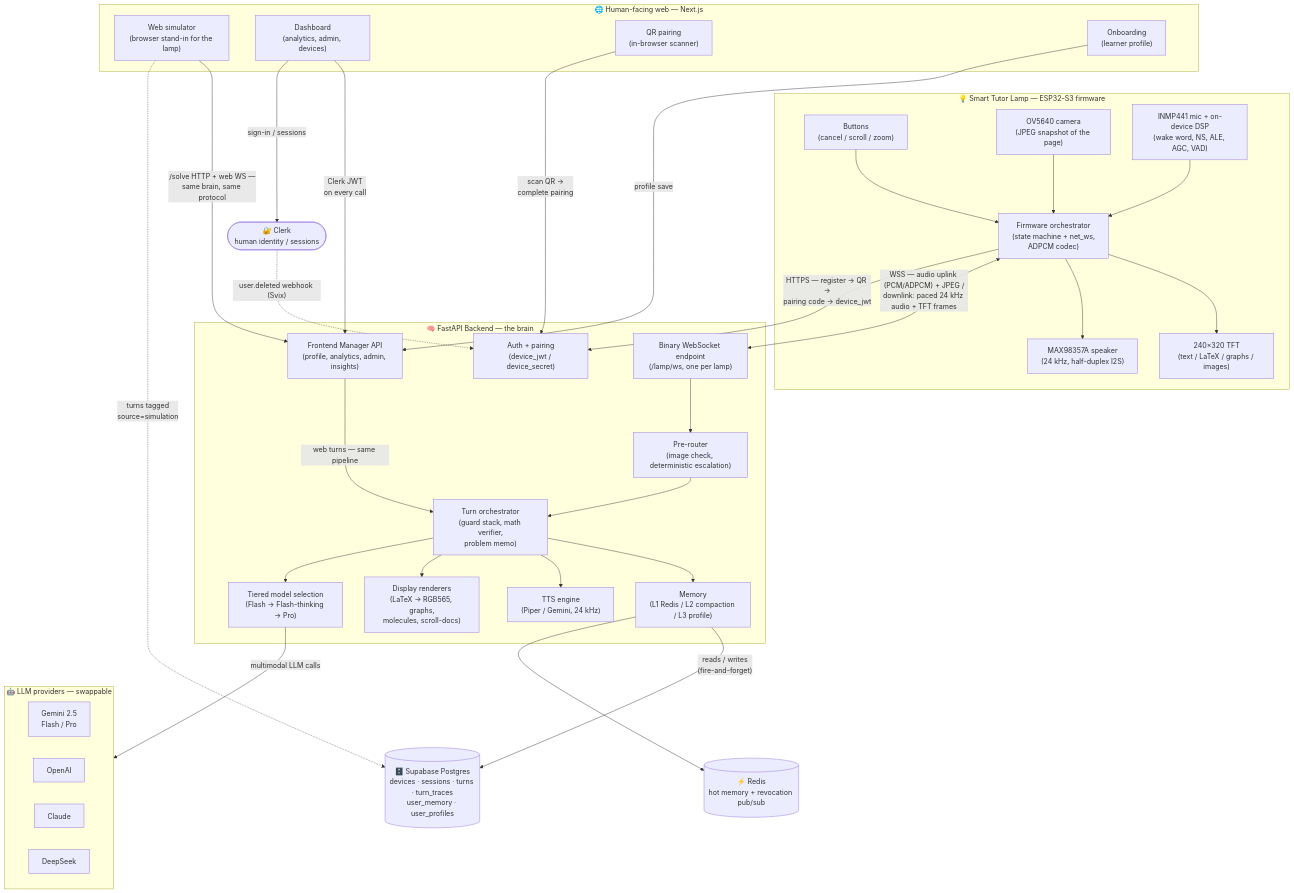
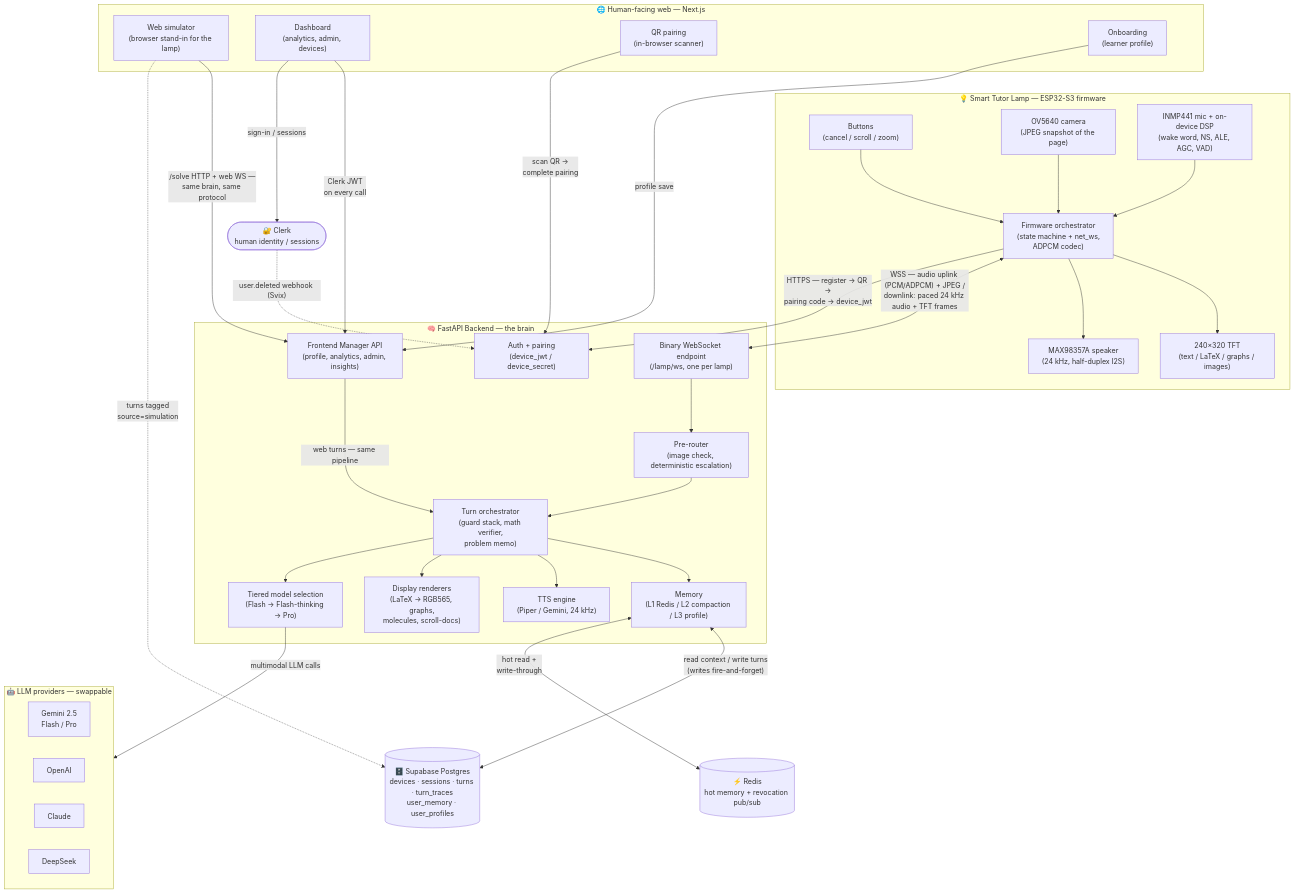
The first of 3 diagrams in architect-diagram.md (ayushmaitistartups-cmyk/update), drawn with Mermaid before and after one commit. The commit also changed other lines of this file, not shown here.

````diff
--- a/architect-diagram.md
+++ b/architect-diagram.md
@@ -15,81 +15,81 @@
 ```mermaid
 flowchart TB
 
     subgraph FE["🌐 Human-facing web — Next.js"]
         SIM["Web simulator<br/>(browser stand-in for the lamp)"]
         DASH["Dashboard<br/>(analytics, admin, devices)"]
         QRP["QR pairing<br/>(in-browser scanner)"]
         ONB["Onboarding<br/>(learner profile)"]
     end
 
     subgraph LAMP["💡 Smart Tutor Lamp — ESP32-S3 firmware"]
         BTN["Buttons<br/>(cancel / scroll / zoom)"]
         CAM["OV5640 camera<br/>(JPEG snapshot of the page)"]
         MICD["INMP441 mic + on-device DSP<br/>(wake word, NS, ALE, AGC, VAD)"]
         FWO["Firmware orchestrator<br/>(state machine + net_ws,<br/>ADPCM codec)"]
         TFTN["240×320 TFT<br/>(text / LaTeX / graphs / images)"]
         SPKN["MAX98357A speaker<br/>(24 kHz, half-duplex I2S)"]
 
         BTN --> FWO
         CAM --> FWO
         MICD --> FWO
         FWO --> TFTN
         FWO --> SPKN
     end
 
     CLERK(["🔐 Clerk<br/>human identity / sessions"])
 
     subgraph BE["🧠 FastAPI Backend — the brain"]
         WSE["Binary WebSocket endpoint<br/>(/lamp/ws, one per lamp)"]
         AUTHP["Auth + pairing<br/>(device_jwt / device_secret)"]
         FMAPI["Frontend Manager API<br/>(profile, analytics, admin, insights)"]
         PRE["Pre-router<br/>(image check, deterministic escalation)"]
         ORCH["Turn orchestrator<br/>(guard stack, math verifier,<br/>problem memo)"]
         MEMN["Memory<br/>(L1 Redis / L2 compaction / L3 profile)"]
         TTSN["TTS engine<br/>(Piper / Gemini, 24 kHz)"]
         RENDN["Display renderers<br/>(LaTeX → RGB565, graphs,<br/>molecules, scroll-docs)"]
         TIER["Tiered model selection<br/>(Flash → Flash-thinking → Pro)"]
 
         WSE --> PRE
         PRE --> ORCH
         ORCH --> MEMN
         ORCH --> TTSN
         ORCH --> RENDN
         ORCH --> TIER
     end
 
     SUPA[("🗄️ Supabase Postgres<br/>devices · sessions · turns · turn_traces<br/>user_memory · user_profiles")]
     REDIS[("⚡ Redis<br/>hot memory + revocation pub/sub")]
 
     subgraph LLMS["🤖 LLM providers — swappable"]
         GEMP["Gemini 2.5<br/>Flash / Pro"]
         OAIP["OpenAI"]
         CLAP["Claude"]
         DSKP["DeepSeek"]
     end
 
     %% invisible links — keep the vertical order: web → lamp → backend
     QRP ~~~ CAM
     ONB ~~~ MICD
 
     %% lamp ↔ backend
     FWO <-->|"WSS — audio uplink (PCM/ADPCM) + JPEG /<br/>downlink: paced 24 kHz audio + TFT frames"| WSE
     FWO -->|"HTTPS — register → QR →<br/>pairing code → device_jwt"| AUTHP
 
     %% web ↔ backend
     QRP -->|"scan QR →<br/>complete pairing"| AUTHP
     DASH -->|"Clerk JWT<br/>on every call"| FMAPI
     ONB -->|"profile save"| FMAPI
     SIM -->|"/solve HTTP + web WS —<br/>same brain, same protocol"| FMAPI
     FMAPI -->|"web turns — same pipeline"| ORCH
 
     %% identity
     DASH -->|"sign-in / sessions"| CLERK
     CLERK -.->|"user.deleted webhook (Svix)"| AUTHP
 
     %% data + models
-    MEMN -->|"reads / writes<br/>(fire-and-forget)"| SUPA
-    MEMN --> REDIS
+    MEMN <-->|"read context / write turns<br/>(writes fire-and-forget)"| SUPA
+    MEMN <-->|"hot read +<br/>write-through"| REDIS
     SIM -.->|"turns tagged<br/>source=simulation"| SUPA
     TIER -->|"multimodal LLM calls"| LLMS
 ```
````
